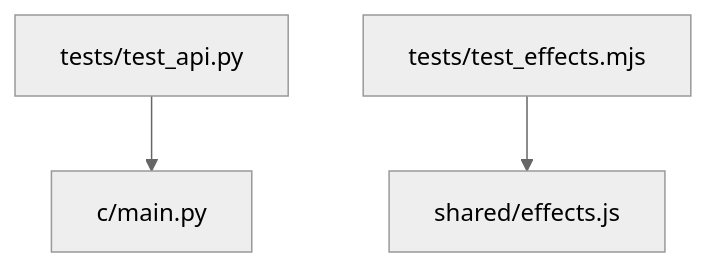
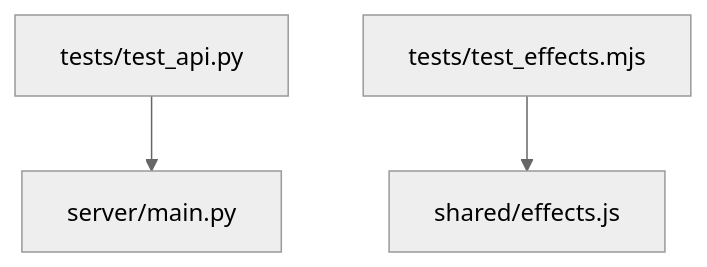
One commit to zivngit/Real-time-Interaction-html changed the third of 3 diagrams in docs/agents/CALL_GRAPH.md. Above: the diagram before and after it, drawn with Mermaid (neutral theme). The commit also changed other lines of this file and 10 other files, not shown here.

````diff
--- a/docs/agents/CALL_GRAPH.md
+++ b/docs/agents/CALL_GRAPH.md
@@ -54,5 +54,5 @@
 ```mermaid
 flowchart TD
-    T1[tests/test_api.py] --> M[c/main.py]
+    T1[tests/test_api.py] --> M[server/main.py]
     T2[tests/test_effects.mjs] --> S[shared/effects.js]
 ```
````
